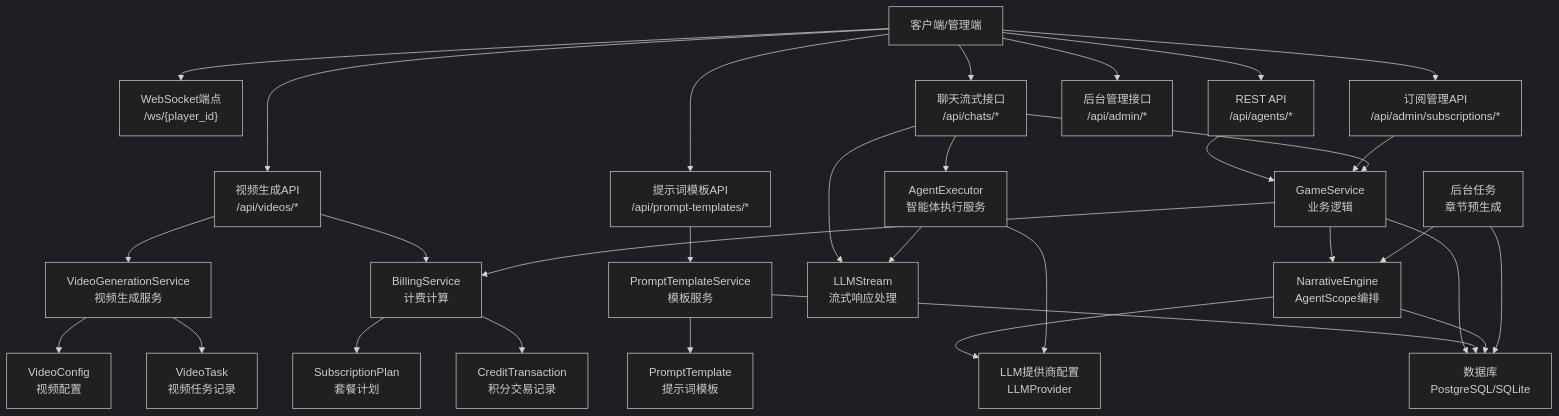
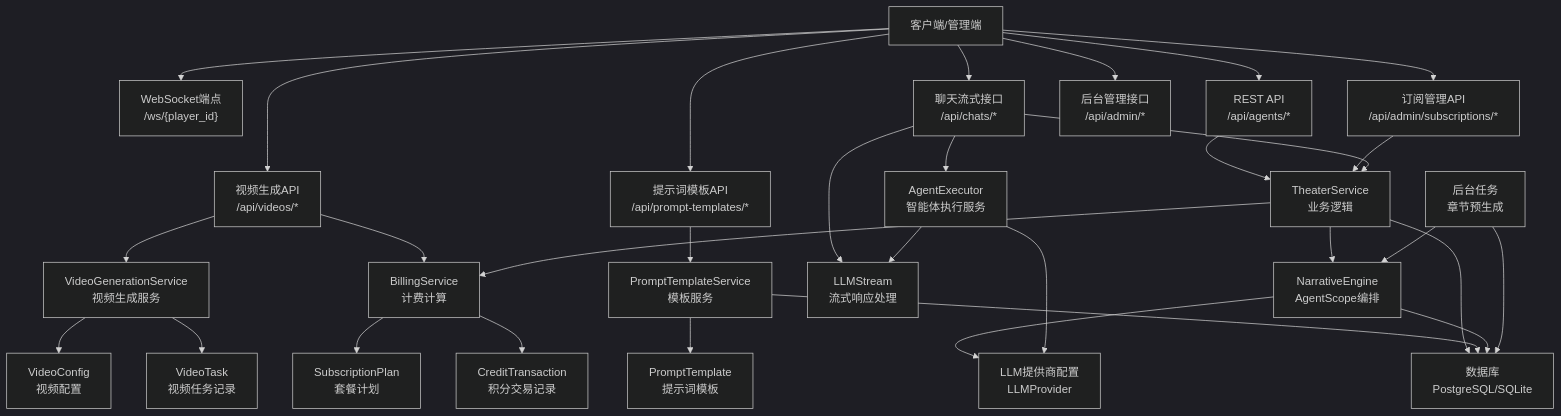
The second of 20 diagrams in .qoder/repowiki/zh/content/后端开发指南/API路由系统/智能体管理API.md (KunLabAI/KunFlix), drawn with Mermaid (dark theme) before and after one commit. The commit also changed other lines of this file and 112 other files, not shown here.

````diff
--- a/.qoder/repowiki/zh/content/后端开发指南/API路由系统/智能体管理API.md
+++ b/.qoder/repowiki/zh/content/后端开发指南/API路由系统/智能体管理API.md
@@ -171,56 +171,56 @@
 ```mermaid
 graph TB
 CLIENT["客户端/管理端"]
 WS["WebSocket端点<br/>/ws/{player_id}"]
 API["REST API<br/>/api/agents/*"]
 SUBAPI["订阅管理API<br/>/api/admin/subscriptions/*"]
 PROMPTAPI["提示词模板API<br/>/api/prompt-templates/*"]
 CHAT["聊天流式接口<br/>/api/chats/*"]
 VIDEOAPI["视频生成API<br/>/api/videos/*"]
 ADMIN["后台管理接口<br/>/api/admin/*"]
-SERVICE["GameService<br/>业务逻辑"]
+SERVICE["TheaterService<br/>业务逻辑"]
 BILLINGSVC["BillingService<br/>计费计算"]
 PROMPTSVR["PromptTemplateService<br/>模板服务"]
 AGENTEXEC["AgentExecutor<br/>智能体执行服务"]
 VIDEOGEN["VideoGenerationService<br/>视频生成服务"]
 LLMSTREAM["LLMStream<br/>流式响应处理"]
 AGENG["NarrativeEngine<br/>AgentScope编排"]
 DB["数据库<br/>PostgreSQL/SQLite"]
 PROVIDER["LLM提供商配置<br/>LLMProvider"]
 TASK["后台任务<br/>章节预生成"]
 CT["CreditTransaction<br/>积分交易记录"]
 SP["SubscriptionPlan<br/>套餐计划"]
 PT["PromptTemplate<br/>提示词模板"]
 VT["VideoTask<br/>视频任务记录"]
 VC["VideoConfig<br/>视频配置"]
 CLIENT --> WS
 CLIENT --> API
 CLIENT --> SUBAPI
 CLIENT --> PROMPTAPI
 CLIENT --> CHAT
 CLIENT --> VIDEOAPI
 CLIENT --> ADMIN
 API --> SERVICE
 SUBAPI --> SERVICE
 PROMPTAPI --> PROMPTSVR
 CHAT --> SERVICE
 CHAT --> AGENTEXEC
 CHAT --> LLMSTREAM
 VIDEOAPI --> VIDEOGEN
 VIDEOAPI --> BILLINGSVC
 SERVICE --> AGENG
 SERVICE --> BILLINGSVC
 SERVICE --> DB
 PROMPTSVR --> PT
 PROMPTSVR --> DB
 BILLINGSVC --> CT
 BILLINGSVC --> SP
 VIDEOGEN --> VT
 VIDEOGEN --> VC
 AGENG --> PROVIDER
 AGENG --> DB
 AGENTEXEC --> PROVIDER
 AGENTEXEC --> LLMSTREAM
 TASK --> AGENG
 TASK --> DB
 ```
````
